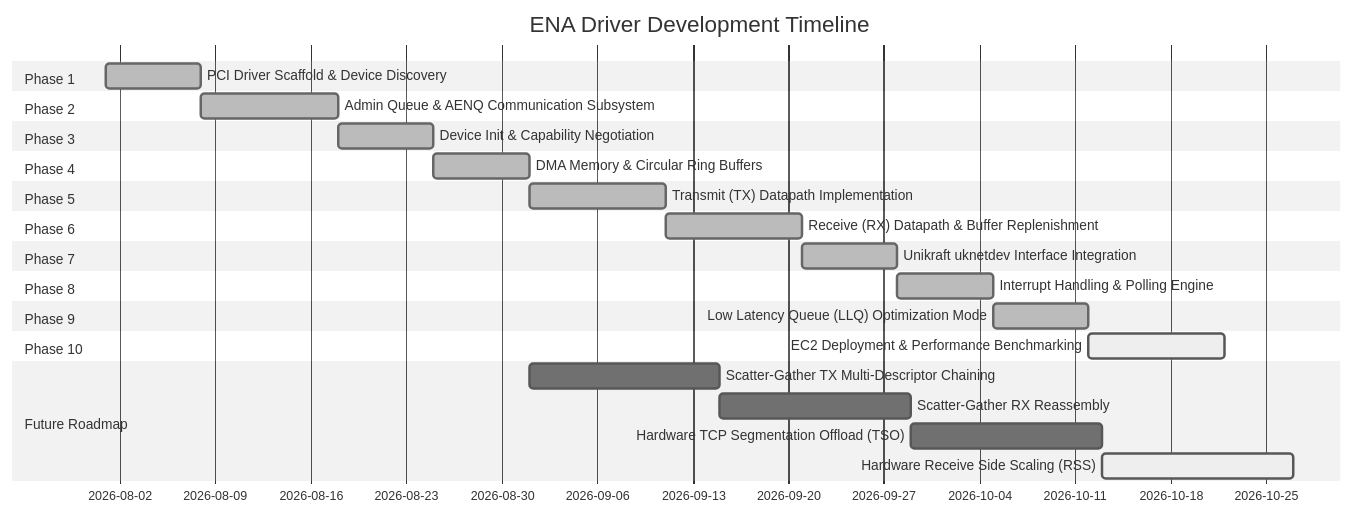
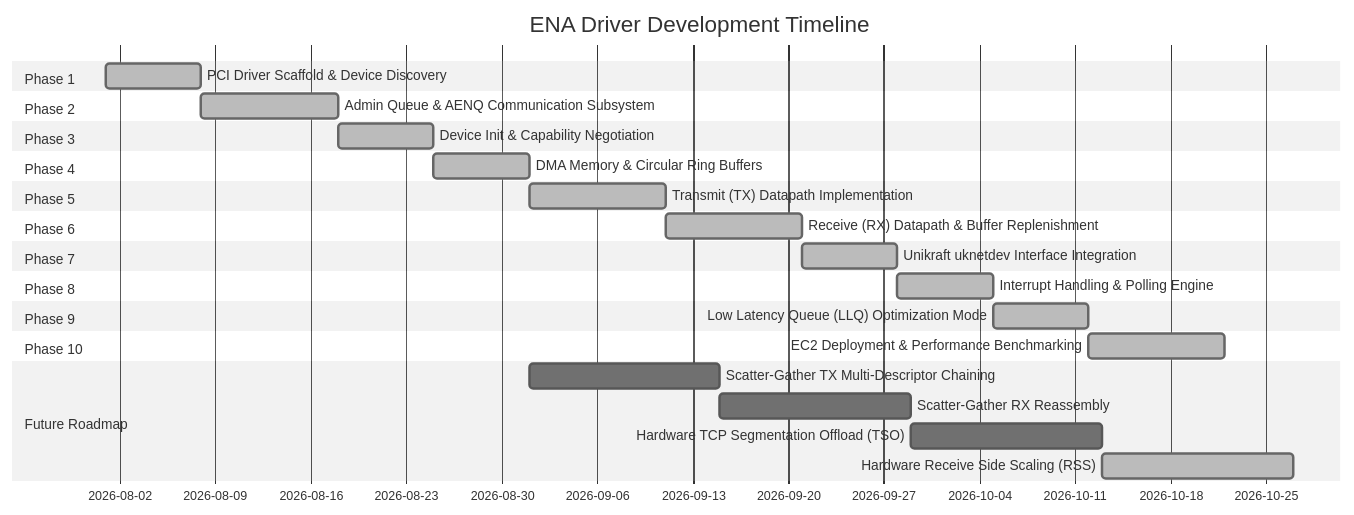
Before and after one commit to sibnick/lib-ena: the diagram in docs/roadmap.md, drawn with Mermaid (neutral theme). The commit also changed other lines of this file and 3 other files, not shown here.

First line of the commit message:
docs: update roadmap, sample guide, and benchmark results

````diff
--- a/docs/roadmap.md
+++ b/docs/roadmap.md
@@ -12,30 +12,30 @@
 ```mermaid
 gantt
     title ENA Driver Development Timeline
     dateFormat  YYYY-MM-DD
     section Phase 1
     PCI Driver Scaffold & Device Discovery       :done, p1, 2026-08-01, 7d
     section Phase 2
     Admin Queue & AENQ Communication Subsystem   :done, p2, after p1, 10d
     section Phase 3
     Device Init & Capability Negotiation         :done, p3, after p2, 7d
     section Phase 4
     DMA Memory & Circular Ring Buffers           :done, p4, after p3, 7d
     section Phase 5
     Transmit (TX) Datapath Implementation        :done, p5, after p4, 10d
     section Phase 6
     Receive (RX) Datapath & Buffer Replenishment :done, p6, after p5, 10d
     section Phase 7
     Unikraft uknetdev Interface Integration      :done, p7, after p6, 7d
     section Phase 8
     Interrupt Handling & Polling Engine          :done, p8, after p7, 7d
     section Phase 9
     Low Latency Queue (LLQ) Optimization Mode    :done, p9, after p8, 7d
     section Phase 10
-    EC2 Deployment & Performance Benchmarking    :active, p10, after p9, 10d
+    EC2 Deployment & Performance Benchmarking    :done, p10, after p9, 10d
     section Future Roadmap
     Scatter-Gather TX Multi-Descriptor Chaining  :p11, 2026-09-01, 14d
     Scatter-Gather RX Reassembly                 :p12, after p11, 14d
     Hardware TCP Segmentation Offload (TSO)      :p13, after p12, 14d
-    Hardware Receive Side Scaling (RSS)          :active, p14, after p13, 14d
+    Hardware Receive Side Scaling (RSS)          :done, p14, after p13, 14d
 ```
````
